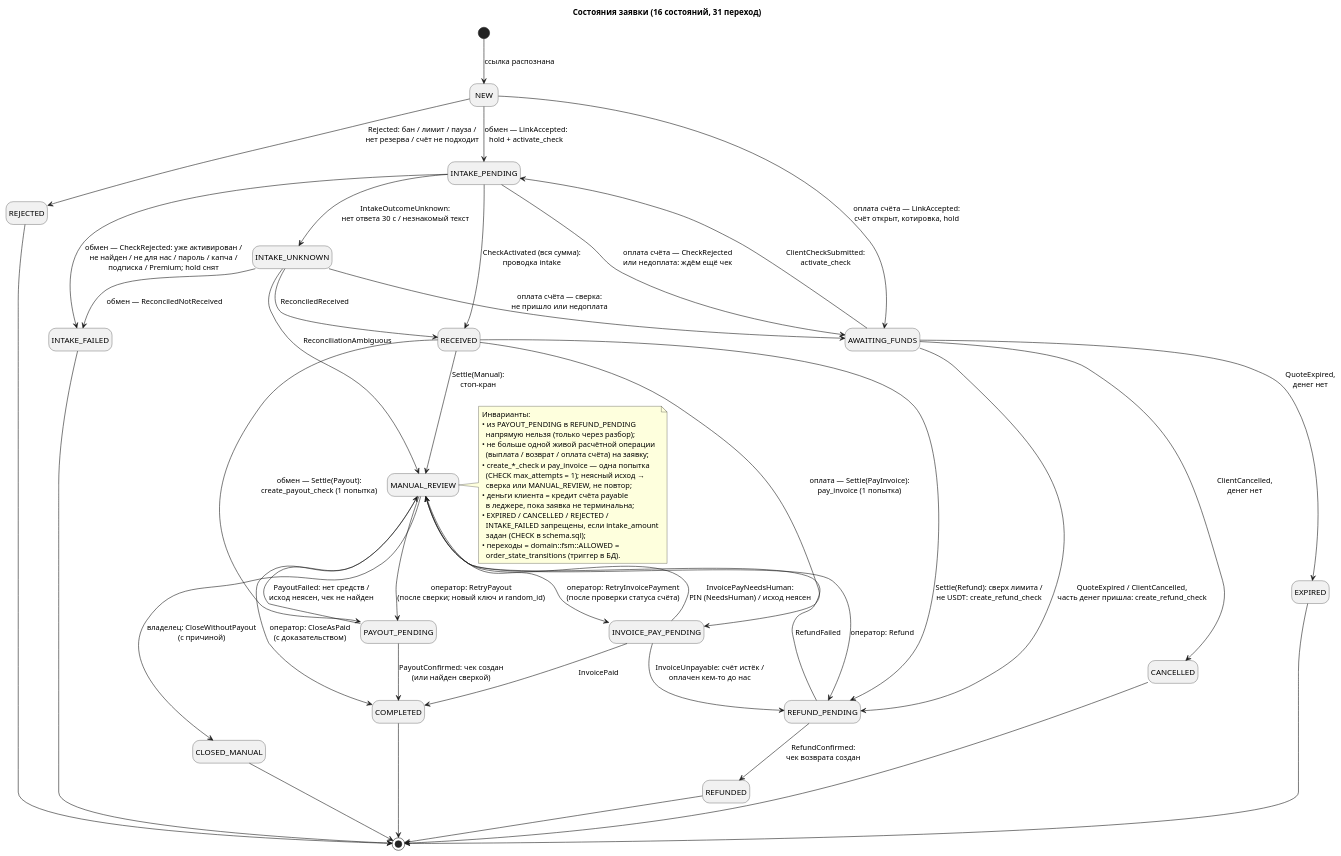
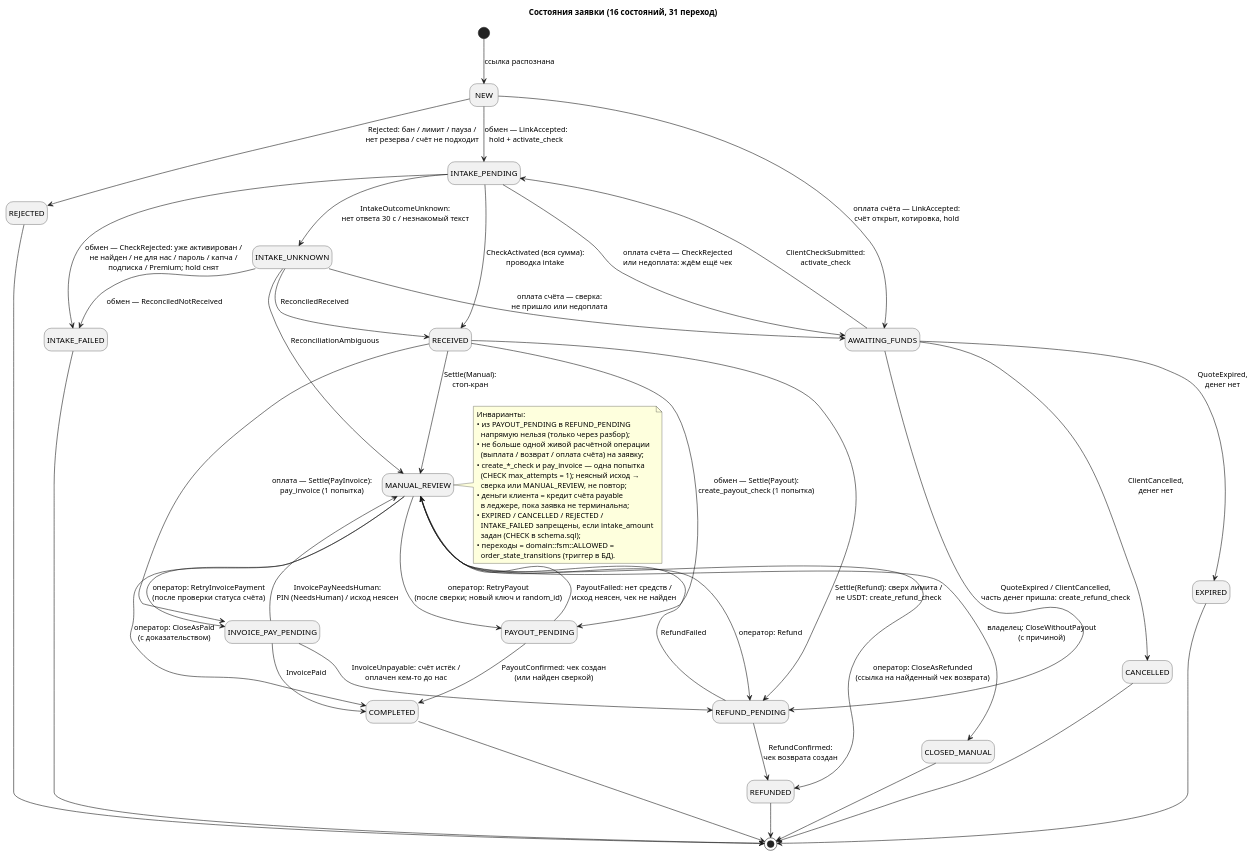
One commit to Nacebara/webquest changed the diagram in exchanger/diagrams/08-state-order.puml. Above: the diagram before and after it, drawn with PlantUML. The commit also changed 34 other files, not shown here.

```diff
--- a/exchanger/diagrams/08-state-order.puml
+++ b/exchanger/diagrams/08-state-order.puml
@@ -1,76 +1,77 @@
 @startuml state-order
 ' Машина состояний заявки (orders.state), v0.2.
 ' Переходы = domain::fsm::ALLOWED = order_state_transitions (31). Сверяется скриптом.
 ' Подписи: событие FSM и главный эффект. Терминальные состояния ничего не принимают.
 skinparam shadowing false
 hide empty description
 title Состояния заявки (16 состояний, 31 переход)
 
 [*] --> NEW : ссылка распознана
 
 NEW --> REJECTED : Rejected: бан / лимит / пауза /\nнет резерва / счёт не подходит
 NEW --> INTAKE_PENDING : обмен — LinkAccepted:\nhold + activate_check
 NEW --> AWAITING_FUNDS : оплата счёта — LinkAccepted:\nсчёт открыт, котировка, hold
 
 AWAITING_FUNDS --> INTAKE_PENDING : ClientCheckSubmitted:\nactivate_check
 AWAITING_FUNDS --> EXPIRED : QuoteExpired,\nденег нет
 AWAITING_FUNDS --> CANCELLED : ClientCancelled,\nденег нет
 AWAITING_FUNDS --> REFUND_PENDING : QuoteExpired / ClientCancelled,\nчасть денег пришла: create_refund_check
 
 INTAKE_PENDING --> RECEIVED : CheckActivated (вся сумма):\nпроводка intake
 INTAKE_PENDING --> INTAKE_FAILED : обмен — CheckRejected: уже активирован /\nне найден / не для нас / пароль / капча /\nподписка / Premium; hold снят
 INTAKE_PENDING --> INTAKE_UNKNOWN : IntakeOutcomeUnknown:\nнет ответа 30 с / незнакомый текст
 INTAKE_PENDING --> AWAITING_FUNDS : оплата счёта — CheckRejected\nили недоплата: ждём ещё чек
 
 INTAKE_UNKNOWN --> RECEIVED : ReconciledReceived
 INTAKE_UNKNOWN --> INTAKE_FAILED : обмен — ReconciledNotReceived
 INTAKE_UNKNOWN --> MANUAL_REVIEW : ReconciliationAmbiguous
 INTAKE_UNKNOWN --> AWAITING_FUNDS : оплата счёта — сверка:\nне пришло или недоплата
 
 RECEIVED --> PAYOUT_PENDING : обмен — Settle(Payout):\ncreate_payout_check (1 попытка)
 RECEIVED --> INVOICE_PAY_PENDING : оплата — Settle(PayInvoice):\npay_invoice (1 попытка)
 RECEIVED --> REFUND_PENDING : Settle(Refund): сверх лимита /\nне USDT: create_refund_check
 RECEIVED --> MANUAL_REVIEW : Settle(Manual):\nстоп-кран
 
 PAYOUT_PENDING --> COMPLETED : PayoutConfirmed: чек создан\n(или найден сверкой)
 PAYOUT_PENDING --> MANUAL_REVIEW : PayoutFailed: нет средств /\nисход неясен, чек не найден
 
 INVOICE_PAY_PENDING --> COMPLETED : InvoicePaid
 INVOICE_PAY_PENDING --> REFUND_PENDING : InvoiceUnpayable: счёт истёк /\nоплачен кем-то до нас
 INVOICE_PAY_PENDING --> MANUAL_REVIEW : InvoicePayNeedsHuman:\nPIN (NeedsHuman) / исход неясен
 
 REFUND_PENDING --> REFUNDED : RefundConfirmed:\nчек возврата создан
 REFUND_PENDING --> MANUAL_REVIEW : RefundFailed
 
 MANUAL_REVIEW --> PAYOUT_PENDING : оператор: RetryPayout\n(после сверки; новый ключ и random_id)
 MANUAL_REVIEW --> INVOICE_PAY_PENDING : оператор: RetryInvoicePayment\n(после проверки статуса счёта)
 MANUAL_REVIEW --> REFUND_PENDING : оператор: Refund
 MANUAL_REVIEW --> COMPLETED : оператор: CloseAsPaid\n(с доказательством)
+MANUAL_REVIEW --> REFUNDED : оператор: CloseAsRefunded\n(ссылка на найденный чек возврата)
 MANUAL_REVIEW --> CLOSED_MANUAL : владелец: CloseWithoutPayout\n(с причиной)
 
 REJECTED --> [*]
 INTAKE_FAILED --> [*]
 EXPIRED --> [*]
 CANCELLED --> [*]
 COMPLETED --> [*]
 REFUNDED --> [*]
 CLOSED_MANUAL --> [*]
 
 note right of MANUAL_REVIEW
   Инварианты:
   • из PAYOUT_PENDING в REFUND_PENDING
     напрямую нельзя (только через разбор);
   • не больше одной живой расчётной операции
     (выплата / возврат / оплата счёта) на заявку;
   • create_*_check и pay_invoice — одна попытка
     (CHECK max_attempts = 1); неясный исход →
     сверка или MANUAL_REVIEW, не повтор;
   • деньги клиента = кредит счёта payable
     в леджере, пока заявка не терминальна;
   • EXPIRED / CANCELLED / REJECTED /
     INTAKE_FAILED запрещены, если intake_amount
     задан (CHECK в schema.sql);
   • переходы = domain::fsm::ALLOWED =
     order_state_transitions (триггер в БД).
 end note
 @enduml
```
